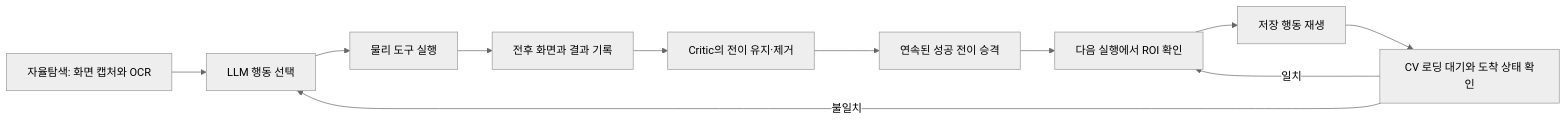
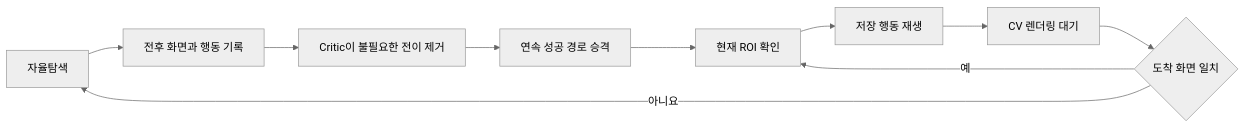
The second of 2 diagrams in README.md (Dreamtreeme/L2C), drawn with Mermaid (neutral theme) before and after one commit. The commit also changed other lines of this file and 10 other files, not shown here.

````diff
--- a/README.md
+++ b/README.md
@@ -30,13 +81,12 @@
 ```mermaid
 flowchart LR
-    A["자율탐색: 화면 캡처와 OCR"] --> B["LLM 행동 선택"]
-    B --> C["물리 도구 실행"]
-    C --> D["전후 화면과 결과 기록"]
-    D --> E["Critic의 전이 유지·제거"]
-    E --> F["연속된 성공 전이 승격"]
-    F --> G["다음 실행에서 ROI 확인"]
-    G --> H["저장 행동 재생"]
-    H --> I["CV 로딩 대기와 도착 상태 확인"]
-    I -->|"일치"| G
-    I -->|"불일치"| B
+    A["자율탐색"] --> B["전후 화면과 행동 기록"]
+    B --> C["Critic이 불필요한 전이 제거"]
+    C --> D["연속 성공 경로 승격"]
+    D --> E["현재 ROI 확인"]
+    E --> F["저장 행동 재생"]
+    F --> G["CV 렌더링 대기"]
+    G --> H{"도착 화면 일치"}
+    H -->|"예"| E
+    H -->|"아니요"| A
 ```
````
